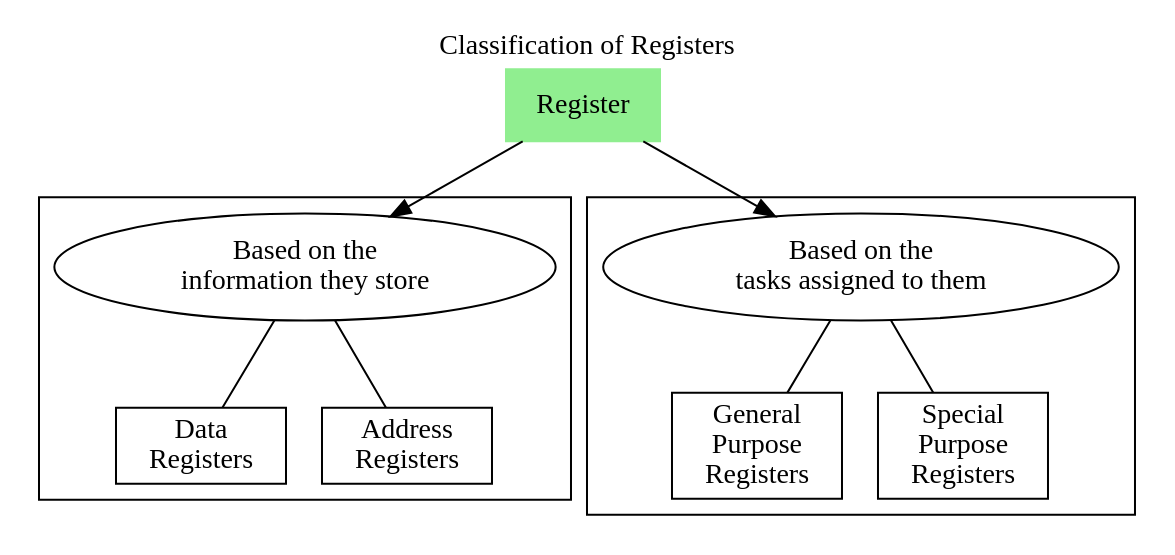
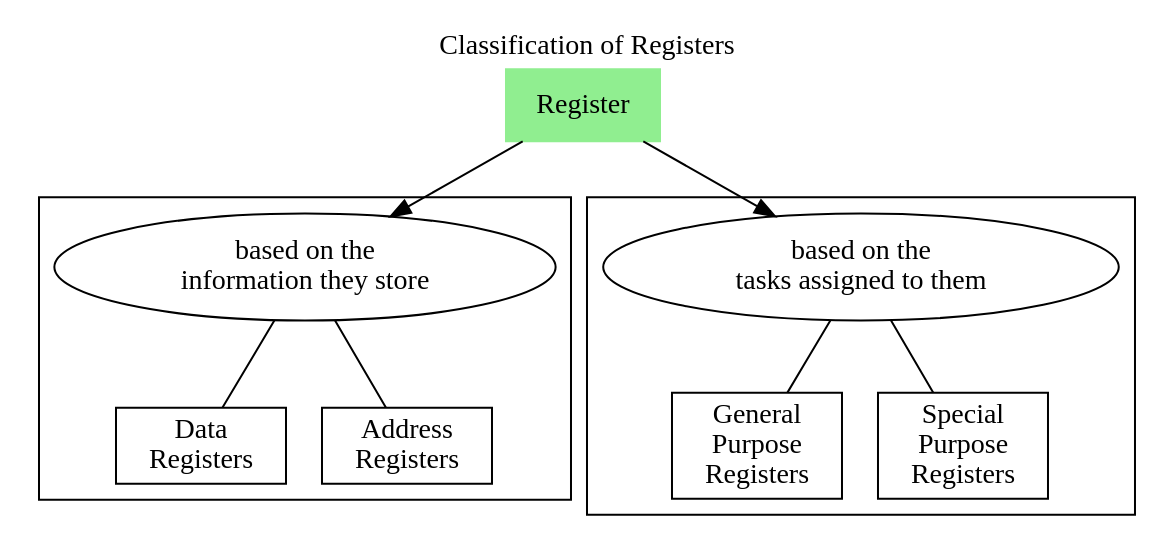
The diagram in GATE/Computer-Organization-and-Architecture/CPU/Registers and Status Flags in CPU.md (supremeimposter/My-Vault), drawn with Graphviz before and after one commit. The commit also changed other lines of this file and 6 other files, not shown here.

````diff
--- a/GATE/Computer-Organization-and-Architecture/CPU/Registers and Status Flags in CPU.md
+++ b/GATE/Computer-Organization-and-Architecture/CPU/Registers and Status Flags in CPU.md
@@ -23,28 +38,28 @@
 ```dot
 digraph G {
 	label = "Classification of Registers\n";
 	labelloc = "t";
 
 	head [label = "Register", shape="box", style="filled", color="lightgreen"];
-	node1 [label = "Based on the\ninformation they store"];
-	node2 [label = "Based on the\ntasks assigned to them"];
+	node1 [label = "based on the\ninformation they store"];
+	node2 [label = "based on the\ntasks assigned to them"];
 	node3 [label = "Data\nRegisters", shape=box]
 	node4 [label = "Address\nRegisters", shape=box]
 	node5 [label = "General\nPurpose\nRegisters", shape=box]
 	node6 [label = "Special\nPurpose\nRegisters", shape=box]
 
 	head -> node1;
 	head -> node2;
 
 	subgraph cluster1 {
 		label = "";
 		node1 -> node3 [arrowhead=none];
 		node1 -> node4 [arrowhead=none];
 	}
 	subgraph cluster2 {
 		label = "";
 		node2 -> node5 [arrowhead=none];
 		node2 -> node6 [arrowhead=none];
 	}
 }
 ```
````
